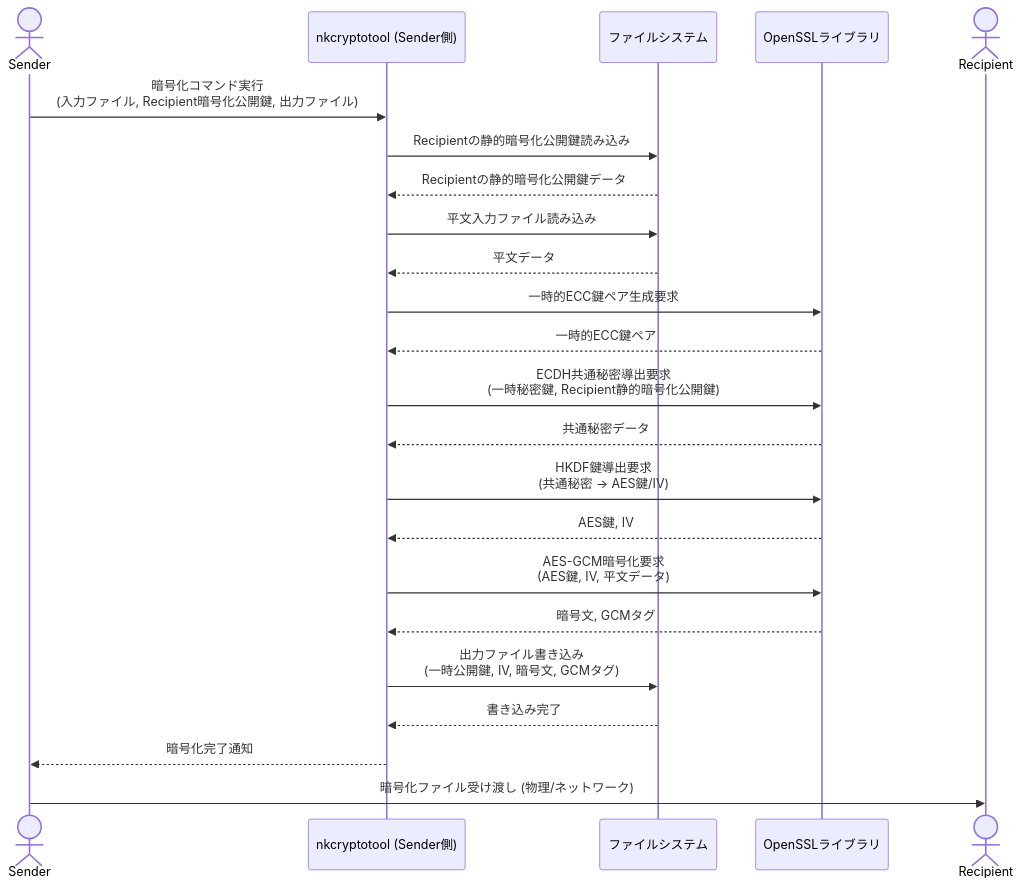
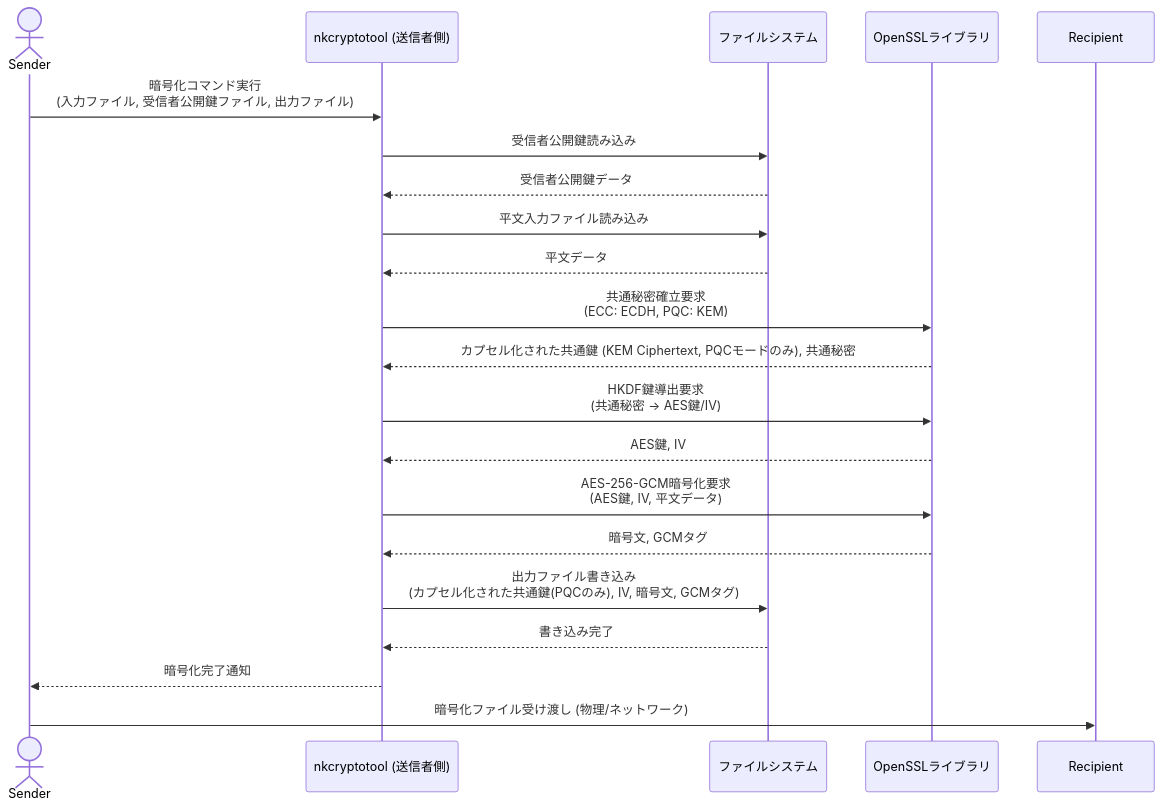
The third of 6 diagrams in README.md (nkoriyama/nkCryptoTool), drawn with Mermaid before and after one commit. The commit also changed other lines of this file and 1 other file, not shown here.

````diff
--- a/README.md
+++ b/README.md
@@ -333,26 +317,23 @@
 ```mermaid
 sequenceDiagram
     actor Sender
-    participant Sender_nkcryptotool as nkcryptotool (Sender側)
+    participant Sender_nkcryptotool as nkcryptotool (送信者側)
     participant FileSystem as ファイルシステム
     participant OpenSSL as OpenSSLライブラリ
-    actor Recipient
 
-    Sender->>Sender_nkcryptotool: 暗号化コマンド実行<br>(入力ファイル, Recipient暗号化公開鍵, 出力ファイル)
-    Sender_nkcryptotool->>FileSystem: Recipientの静的暗号化公開鍵読み込み
-    FileSystem-->>Sender_nkcryptotool: Recipientの静的暗号化公開鍵データ
+    Sender->>Sender_nkcryptotool: 暗号化コマンド実行<br>(入力ファイル, 受信者公開鍵ファイル, 出力ファイル)
+    Sender_nkcryptotool->>FileSystem: 受信者公開鍵読み込み
+    FileSystem-->>Sender_nkcryptotool: 受信者公開鍵データ
     Sender_nkcryptotool->>FileSystem: 平文入力ファイル読み込み
     FileSystem-->>Sender_nkcryptotool: 平文データ
-    Sender_nkcryptotool->>OpenSSL: 一時的ECC鍵ペア生成要求
-    OpenSSL-->>Sender_nkcryptotool: 一時的ECC鍵ペア
-    Sender_nkcryptotool->>OpenSSL: ECDH共通秘密導出要求<br>(一時秘密鍵, Recipient静的暗号化公開鍵)
-    OpenSSL-->>Sender_nkcryptotool: 共通秘密データ
+    Sender_nkcryptotool->>OpenSSL: 共通秘密確立要求<br>(ECC: ECDH, PQC: KEM)
+    OpenSSL-->>Sender_nkcryptotool: カプセル化された共通鍵 (KEM Ciphertext, PQCモードのみ), 共通秘密
     Sender_nkcryptotool->>OpenSSL: HKDF鍵導出要求<br>(共通秘密 -> AES鍵/IV)
     OpenSSL-->>Sender_nkcryptotool: AES鍵, IV
-    Sender_nkcryptotool->>OpenSSL: AES-GCM暗号化要求<br>(AES鍵, IV, 平文データ)
+    Sender_nkcryptotool->>OpenSSL: AES-256-GCM暗号化要求<br>(AES鍵, IV, 平文データ)
     OpenSSL-->>Sender_nkcryptotool: 暗号文, GCMタグ
-    Sender_nkcryptotool->>FileSystem: 出力ファイル書き込み<br>(一時公開鍵, IV, 暗号文, GCMタグ)
+    Sender_nkcryptotool->>FileSystem: 出力ファイル書き込み<br>(カプセル化された共通鍵(PQCのみ), IV, 暗号文, GCMタグ)
     FileSystem-->>Sender_nkcryptotool: 書き込み完了
     Sender_nkcryptotool-->>Sender: 暗号化完了通知
     Sender->>Recipient: 暗号化ファイル受け渡し (物理/ネットワーク)
 ```
````
